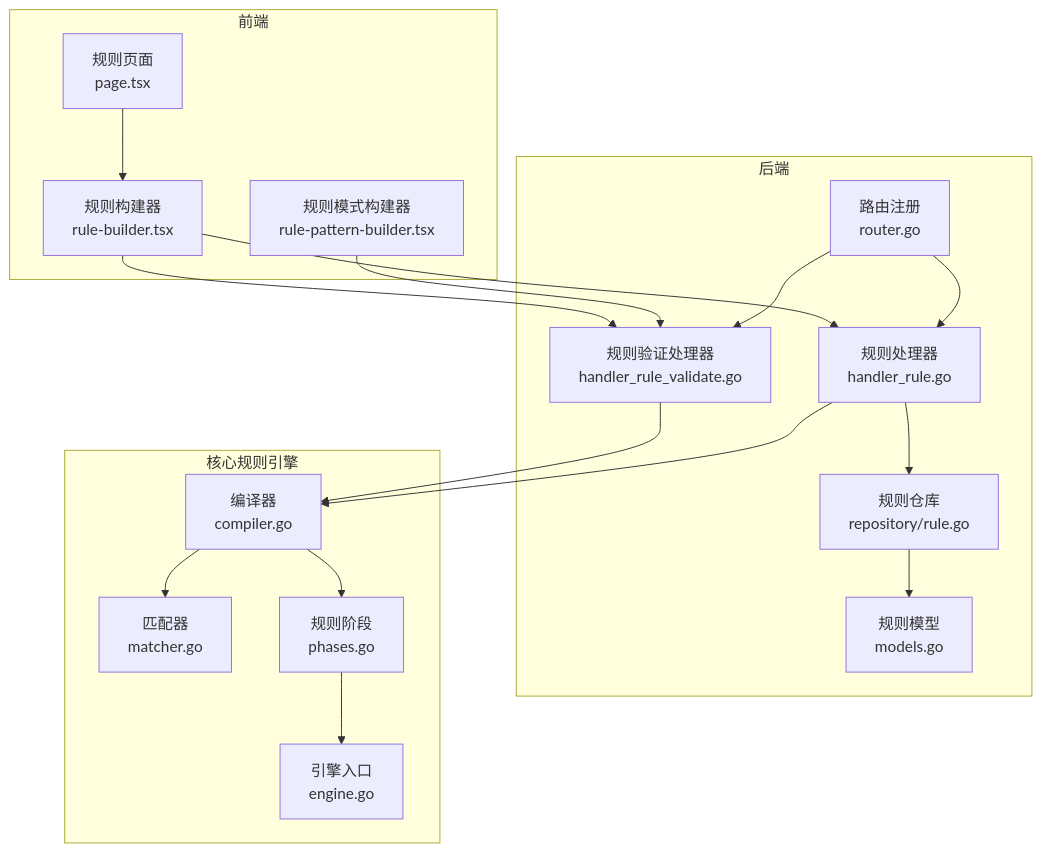
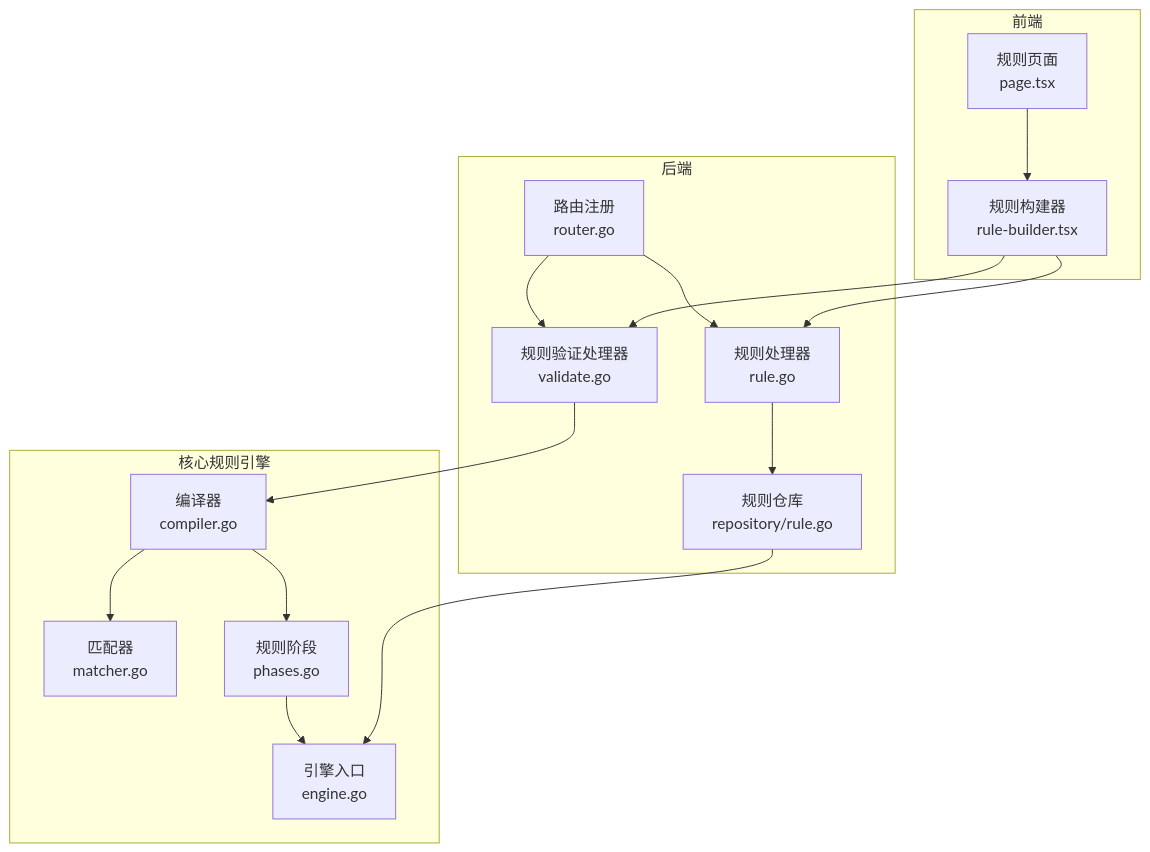
One commit to x01n/My-OpenWaf changed the first of 9 diagrams in docs/管理 API 系统/规则管理 API/规则管理 API.md. Above: the diagram before and after it, drawn with Mermaid. The commit also changed other lines of this file and 199 other files, not shown here.

````diff
--- a/docs/管理 API 系统/规则管理 API/规则管理 API.md
+++ b/docs/管理 API 系统/规则管理 API/规则管理 API.md
@@ -37,34 +39,30 @@
 ```mermaid
 graph TB
 subgraph "前端"
 FE_RulePage["规则页面<br/>page.tsx"]
 FE_RuleBuilder["规则构建器<br/>rule-builder.tsx"]
-FE_PatternBuilder["规则模式构建器<br/>rule-pattern-builder.tsx"]
 end
 subgraph "后端"
 Router["路由注册<br/>router.go"]
-HandlerRule["规则处理器<br/>handler_rule.go"]
-HandlerValidate["规则验证处理器<br/>handler_rule_validate.go"]
+HandlerRule["规则处理器<br/>rule.go"]
+HandlerValidate["规则验证处理器<br/>validate.go"]
 RepoRule["规则仓库<br/>repository/rule.go"]
-ModelRule["规则模型<br/>models.go"]
 end
 subgraph "核心规则引擎"
 Compiler["编译器<br/>compiler.go"]
 Matcher["匹配器<br/>matcher.go"]
 Phases["规则阶段<br/>phases.go"]
 Engine["引擎入口<br/>engine.go"]
 end
 FE_RulePage --> FE_RuleBuilder
 FE_RuleBuilder --> HandlerValidate
 FE_RuleBuilder --> HandlerRule
-FE_PatternBuilder --> HandlerValidate
 Router --> HandlerRule
 Router --> HandlerValidate
 HandlerRule --> RepoRule
 HandlerValidate --> Compiler
-HandlerRule --> Compiler
-RepoRule --> ModelRule
+RepoRule --> Engine
 Compiler --> Matcher
 Compiler --> Phases
 Phases --> Engine
 ```
````
